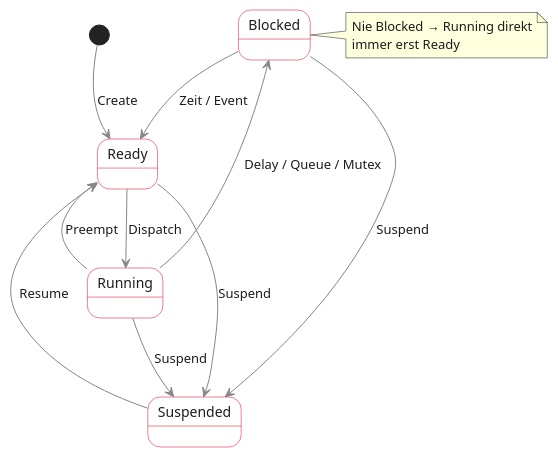
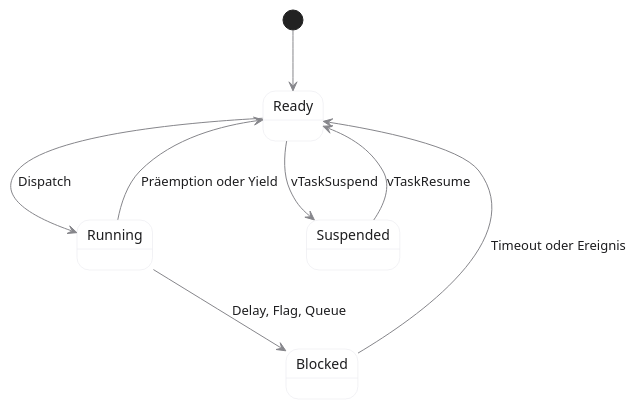
Before and after one commit to dantschi/echtzeitsysteme: the fourth of 8 diagrams in vorlesungen/03_einfuehrung-rtos.qmd, drawn with PlantUML. The commit also changed other lines of this file and 1 other file, not shown here.

````diff
--- a/vorlesungen/03_einfuehrung-rtos.qmd
+++ b/vorlesungen/03_einfuehrung-rtos.qmd
@@ -336,29 +320,17 @@
 ```{.plantuml}
 @startuml
 skinparam backgroundColor transparent
 skinparam defaultFontName "Inter, sans-serif"
 skinparam defaultFontColor #1D1D1F
 skinparam ArrowColor #86868B
-skinparam state {
-  BackgroundColor #FFFFFF
-  BorderColor #E2001A
-  FontColor #1D1D1F
-}
-
-[*] --> Ready : Create
-
+skinparam StateBackgroundColor #FFFFFF
+skinparam StateBorderColor #E5E5EA
+[*] --> Ready
 Ready --> Running : Dispatch
-Running --> Ready : Preempt
-Running --> Blocked : Delay / Queue / Mutex
-Blocked --> Ready : Zeit / Event
-Ready --> Suspended : Suspend
-Blocked --> Suspended : Suspend
-Running --> Suspended : Suspend
-Suspended --> Ready : Resume
-
-note right of Blocked
-  Nie Blocked → Running direkt
-  immer erst Ready
-end note
+Running --> Ready : Präemption oder Yield
+Running --> Blocked : Delay, Flag, Queue
+Blocked --> Ready : Timeout oder Ereignis
+Ready --> Suspended : vTaskSuspend
+Suspended --> Ready : vTaskResume
 @enduml
 ```
````
